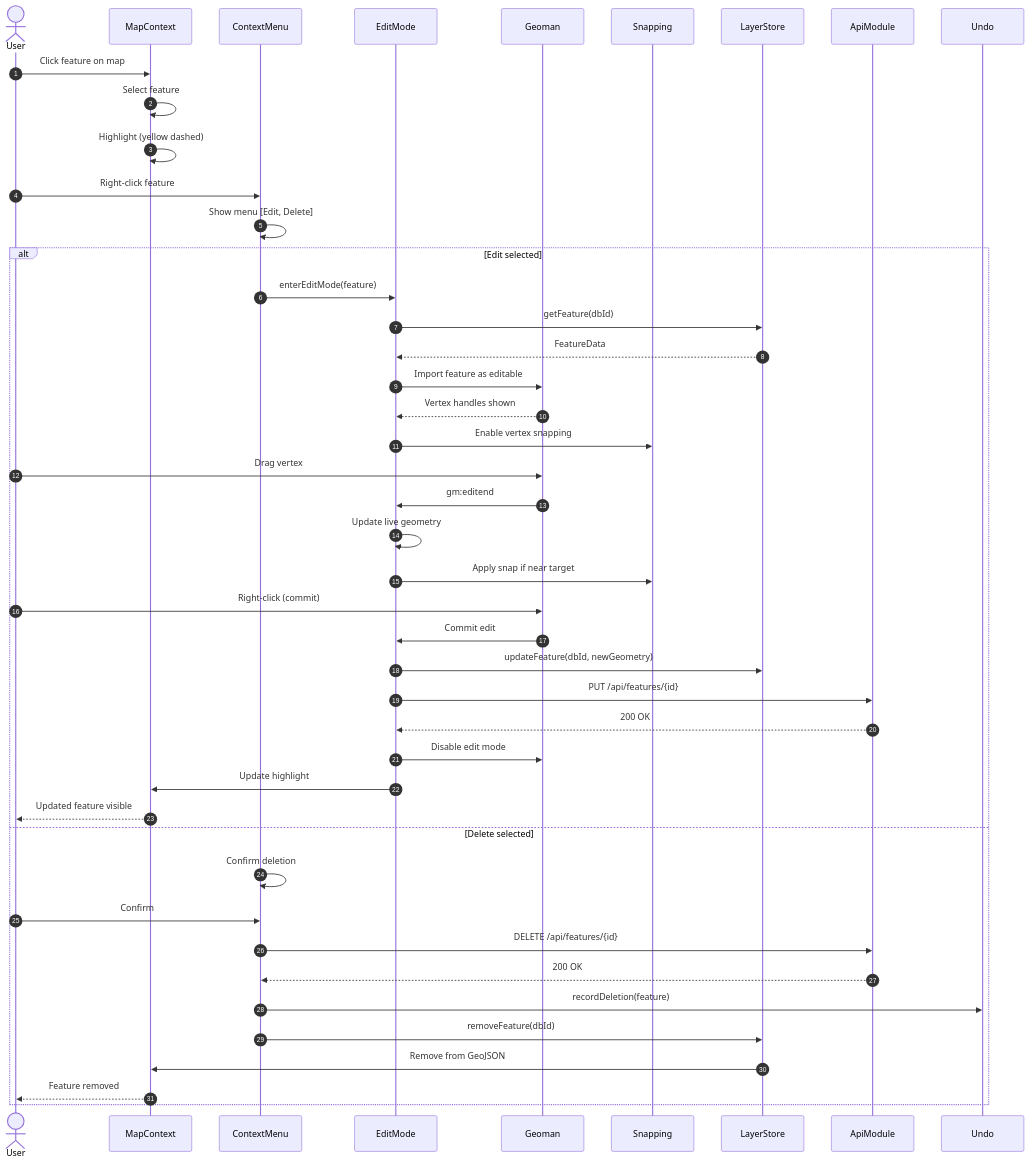
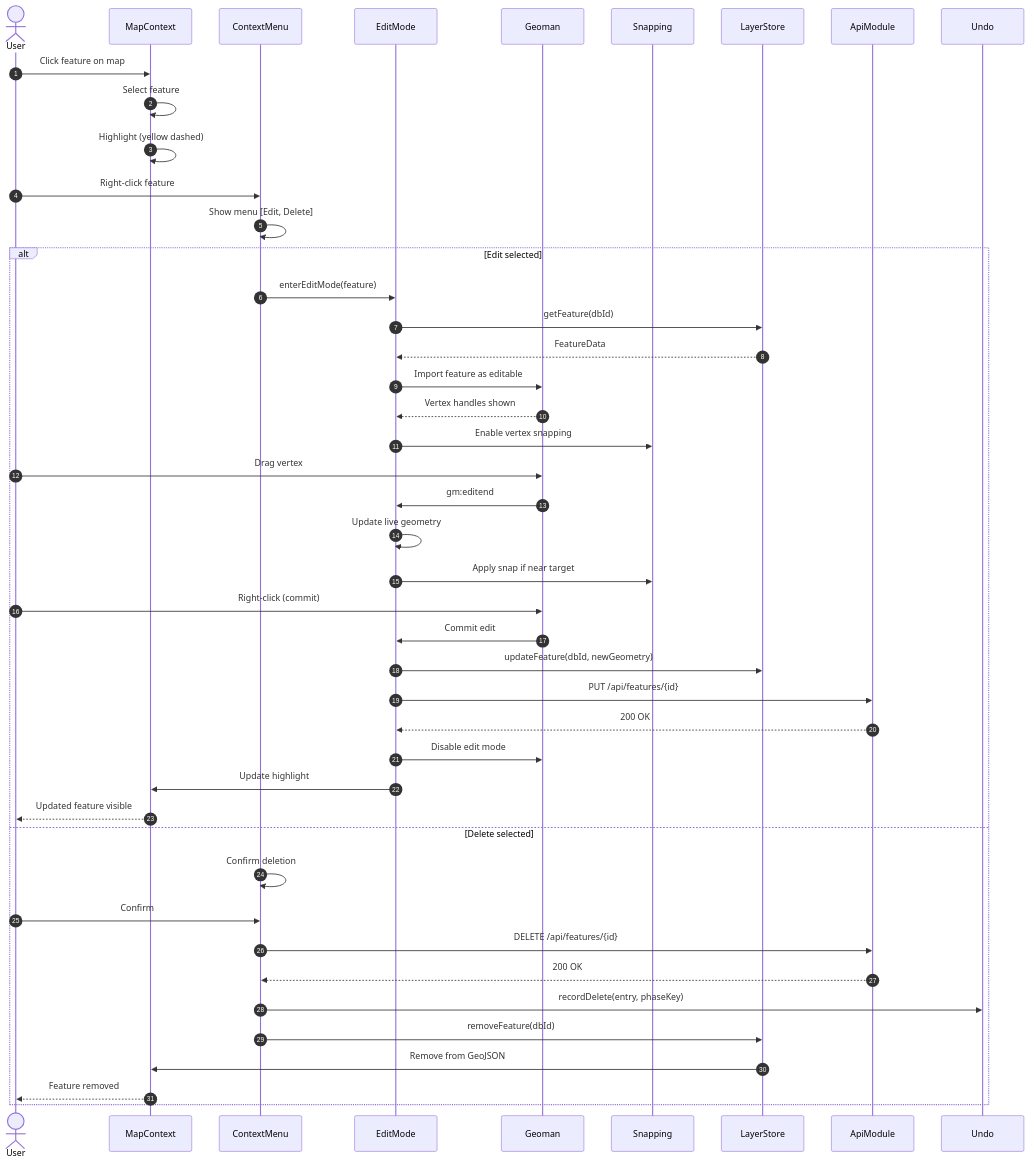
The third of 5 diagrams in docs/uml/nars-vite-sequence-diagram.md (Zuhir-Benslama/NARS), drawn with Mermaid before and after one commit. The commit also changed 48 other files, not shown here.

````diff
--- a/docs/uml/nars-vite-sequence-diagram.md
+++ b/docs/uml/nars-vite-sequence-diagram.md
@@ -133,53 +133,53 @@
 ```mermaid
 sequenceDiagram
     autonumber
     actor User
     participant MapContext
     participant ContextMenu
     participant EditMode
     participant Geoman
     participant Snapping
     participant LayerStore
     participant ApiModule
 
     User->>MapContext: Click feature on map
     MapContext->>MapContext: Select feature
     MapContext->>MapContext: Highlight (yellow dashed)
 
     User->>ContextMenu: Right-click feature
     ContextMenu->>ContextMenu: Show menu [Edit, Delete]
 
     alt Edit selected
         ContextMenu->>EditMode: enterEditMode(feature)
         EditMode->>LayerStore: getFeature(dbId)
         LayerStore-->>EditMode: FeatureData
 
         EditMode->>Geoman: Import feature as editable
         Geoman-->>EditMode: Vertex handles shown
         EditMode->>Snapping: Enable vertex snapping
 
         User->>Geoman: Drag vertex
         Geoman->>EditMode: gm:editend
         EditMode->>EditMode: Update live geometry
         EditMode->>Snapping: Apply snap if near target
 
         User->>Geoman: Right-click (commit)
         Geoman->>EditMode: Commit edit
         EditMode->>LayerStore: updateFeature(dbId, newGeometry)
         EditMode->>ApiModule: PUT /api/features/{id}
         ApiModule-->>EditMode: 200 OK
         EditMode->>Geoman: Disable edit mode
         EditMode->>MapContext: Update highlight
         MapContext-->>User: Updated feature visible
 
     else Delete selected
         ContextMenu->>ContextMenu: Confirm deletion
         User->>ContextMenu: Confirm
         ContextMenu->>ApiModule: DELETE /api/features/{id}
         ApiModule-->>ContextMenu: 200 OK
-        ContextMenu->>Undo: recordDeletion(feature)
+        ContextMenu->>Undo: recordDelete(entry, phaseKey)
         ContextMenu->>LayerStore: removeFeature(dbId)
         LayerStore->>MapContext: Remove from GeoJSON
         MapContext-->>User: Feature removed
     end
 ```
````
